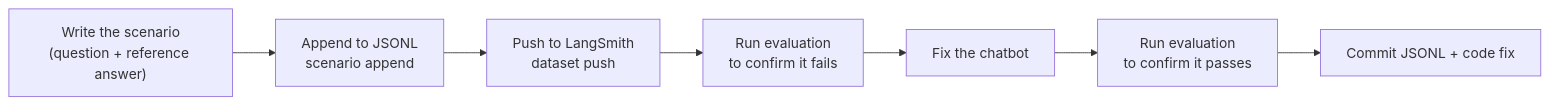
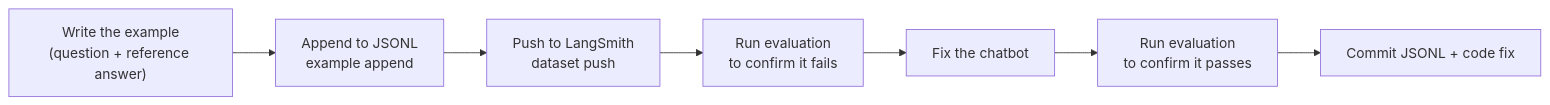
One commit to codeforpdx/tenantfirstaid changed the sixth of 9 diagrams in backend/evaluate/EVALUATION.md. Above: the diagram before and after it, drawn with Mermaid. The commit also changed other lines of this file and 6 other files, not shown here.

Commit message:
change "scenario" term to LangSmith term "example" in most places (except "scenario_id" which is used in schema)

````diff
--- a/backend/evaluate/EVALUATION.md
+++ b/backend/evaluate/EVALUATION.md
@@ -348,12 +348,12 @@
 ```mermaid
 flowchart LR
-    A["Write the scenario<br>(question + reference answer)"]
-    B["Append to JSONL<br>scenario append"]
+    A["Write the example<br>(question + reference answer)"]
+    B["Append to JSONL<br>example append"]
     C["Push to LangSmith<br>dataset push"]
     D["Run evaluation<br>to confirm it fails"]
     E["Fix the chatbot"]
     F["Run evaluation<br>to confirm it passes"]
     G["Commit JSONL + code fix"]
 
     A --> B --> C --> D --> E --> F --> G
 ```
````
